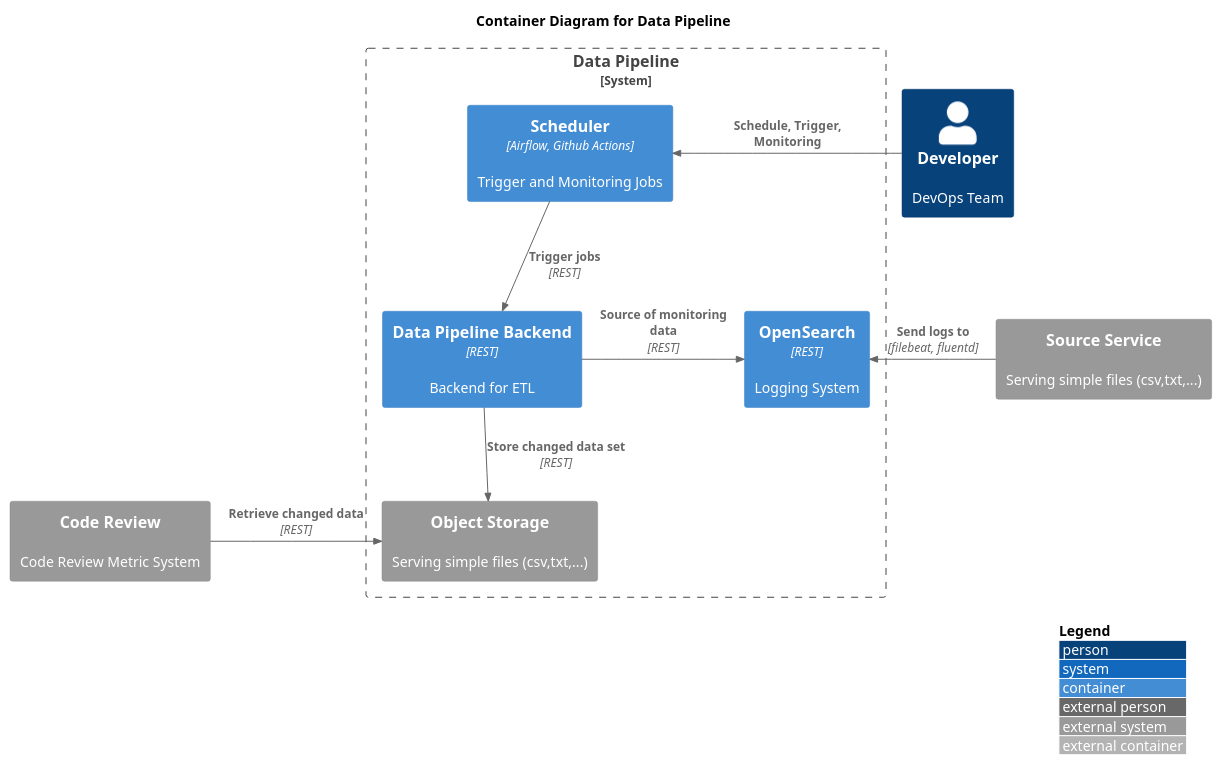
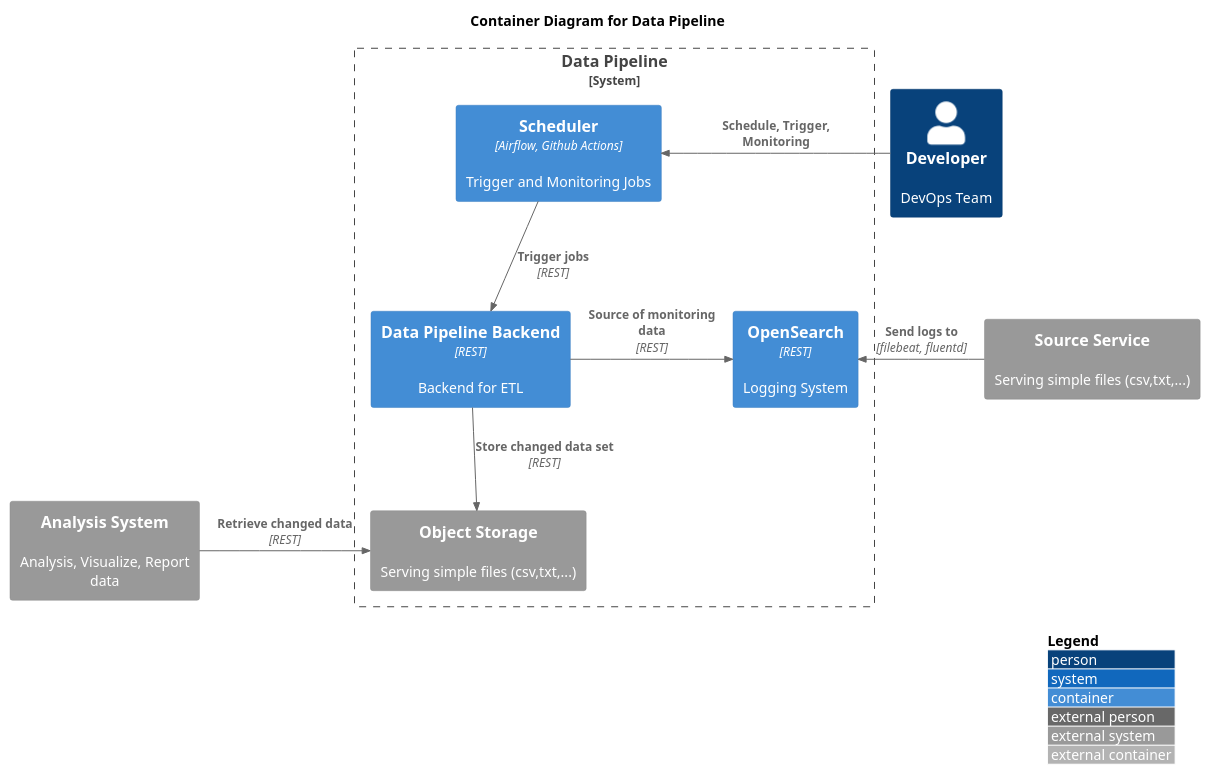
One commit to yanghoon/obsidian-workspace changed the second of 2 diagrams in _diary/2024-06-19.md. Above: the diagram before and after it, drawn with PlantUML. The commit also changed other lines of this file, not shown here.

Commit message:
vault backup: 2024-06-21 19:35:03

````diff
--- a/_diary/2024-06-19.md
+++ b/_diary/2024-06-19.md
@@ -24,26 +24,26 @@
 ```plantuml
 !include <C4/C4_Container.puml>
 
 LAYOUT_WITH_LEGEND()
 
 title Container Diagram for Data Pipeline
 
 ' DB, Web Server, Application, Redis
 
 Person(developer, "Developer", "DevOps Team")
-System_Ext(review, "Code Review", "Code Review Metric System")
+System_Ext(analysis, "Analysis System", "Analysis, Visualize, Report data")
 System_Boundary(app, "Data Pipeline") {
   Container(scheduler, "Scheduler", "Airflow, Github Actions", "Trigger and Monitoring Jobs")
   Container(backend, "Data Pipeline Backend", "REST", "Backend for ETL")
   Container(logging, "OpenSearch", "REST", "Logging System")
   System_Ext(object_storage, "Object Storage", "Serving simple files (csv,txt,...)")
 }
 System_Ext(service, "Source Service", "Serving simple files (csv,txt,...)")
 
-Rel_Right(review, object_storage, "Retrieve changed data", "REST")
+Rel_Right(analysis, object_storage, "Retrieve changed data", "REST")
 Rel_Right(backend, logging, "Source of monitoring data", "REST")
 Rel_Left(service, logging, "Send logs to", "filebeat, fluentd")
 Rel_Down(backend, object_storage, "Store changed data set", "REST")
 Rel_Down(scheduler, backend, "Trigger jobs", "REST")
 Rel_Left(developer, scheduler, "Schedule, Trigger, Monitoring")
 ```
````
